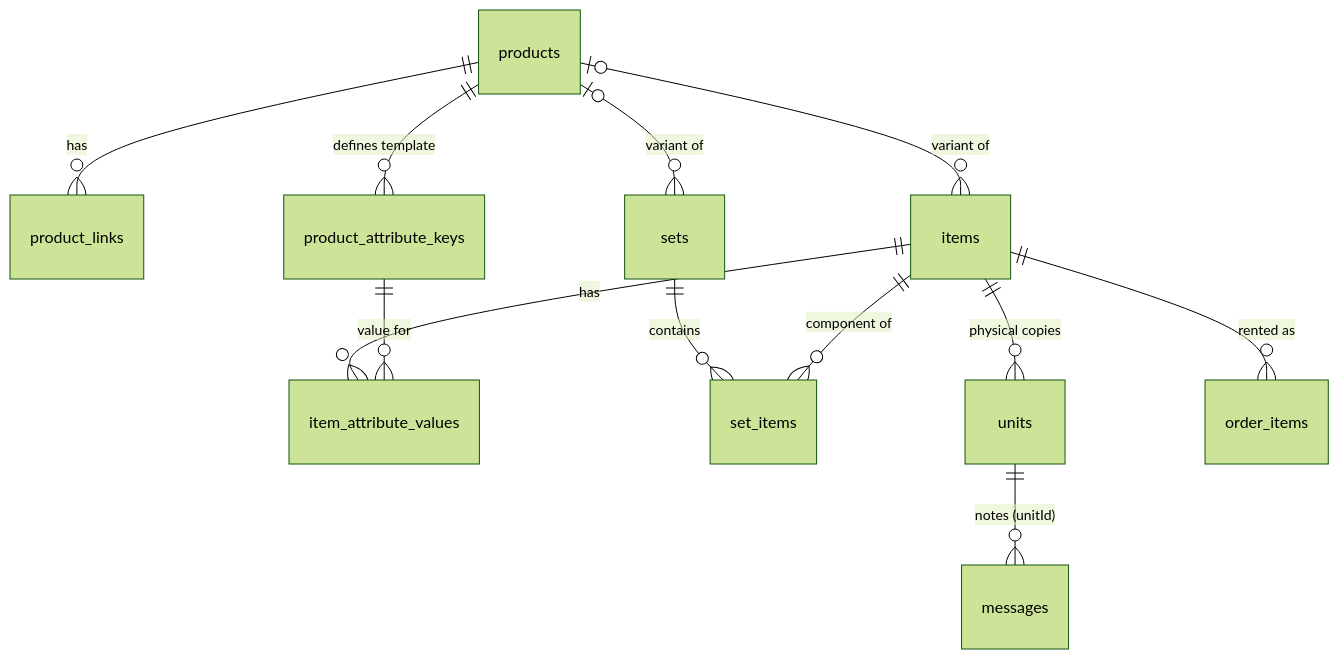
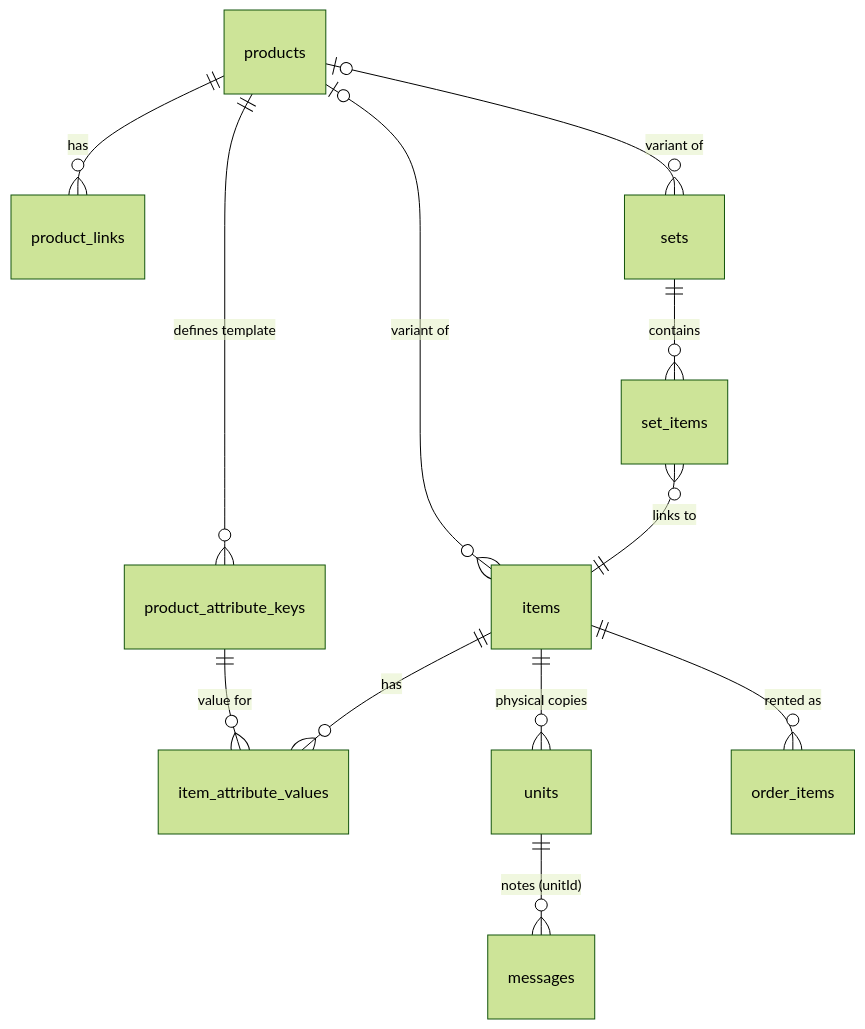
Before and after one commit to nordlender/boden: the third of 3 diagrams in docs/stock-model.md, drawn with Mermaid (forest theme).

Commit message:
docs: show set_items linking to items in stock model diagram

````diff
--- a/docs/stock-model.md
+++ b/docs/stock-model.md
@@ -31,14 +31,14 @@
 ```mermaid
 erDiagram
     products ||--o{ product_links : has
     products ||--o{ product_attribute_keys : "defines template"
     products |o--o{ items : "variant of"
     products |o--o{ sets : "variant of"
     items ||--o{ item_attribute_values : has
     product_attribute_keys ||--o{ item_attribute_values : "value for"
     sets ||--o{ set_items : contains
-    items ||--o{ set_items : "component of"
+    set_items }o--|| items : "links to"
     items ||--o{ units : "physical copies"
     units ||--o{ messages : "notes (unitId)"
     items ||--o{ order_items : "rented as"
 ```
````
